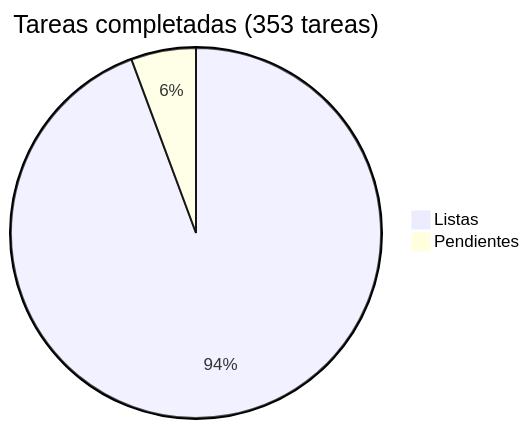
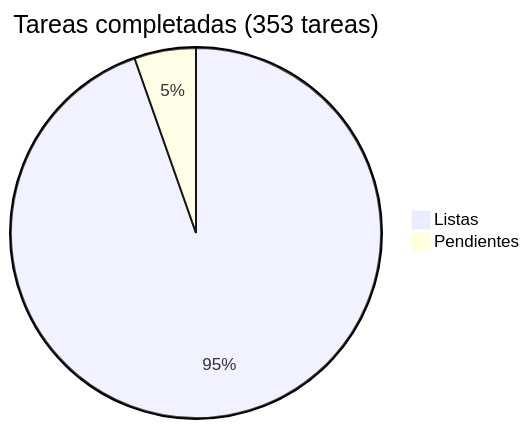
The diagram in docs/roadmap/README.md (araguaney-lat/araguaney), drawn with Mermaid before and after one commit. The commit also changed other lines of this file and 14 other files, not shown here.

````diff
--- a/docs/roadmap/README.md
+++ b/docs/roadmap/README.md
@@ -5,5 +5,5 @@
 ```mermaid
 pie title Tareas completadas (353 tareas)
-    "Listas" : 333
-    "Pendientes" : 20
+    "Listas" : 334
+    "Pendientes" : 19
 ```
````
